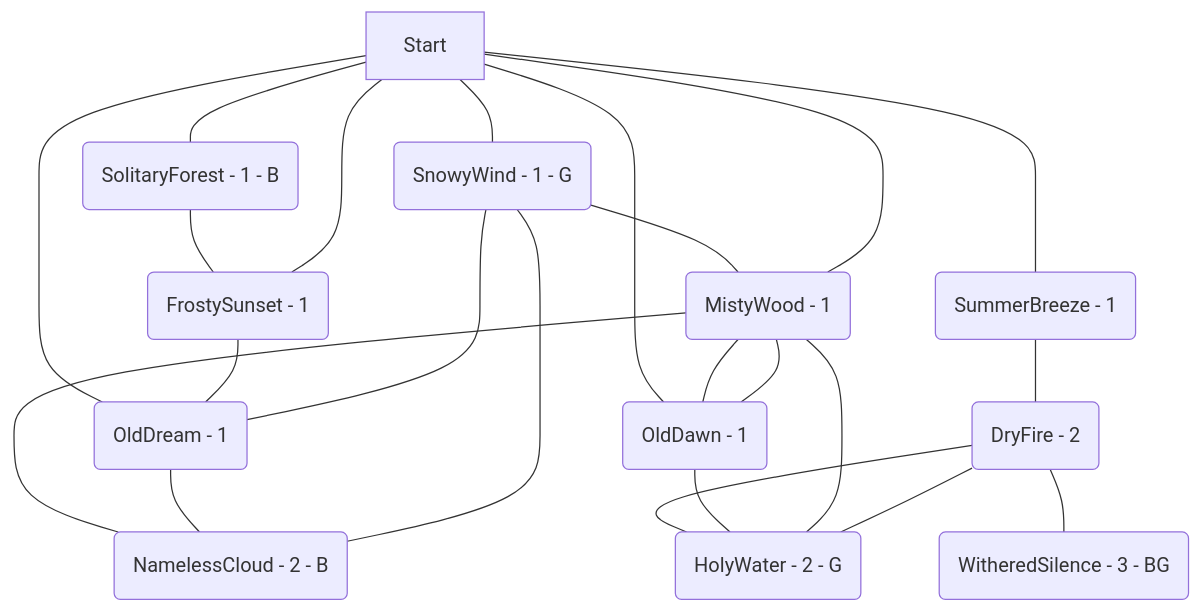
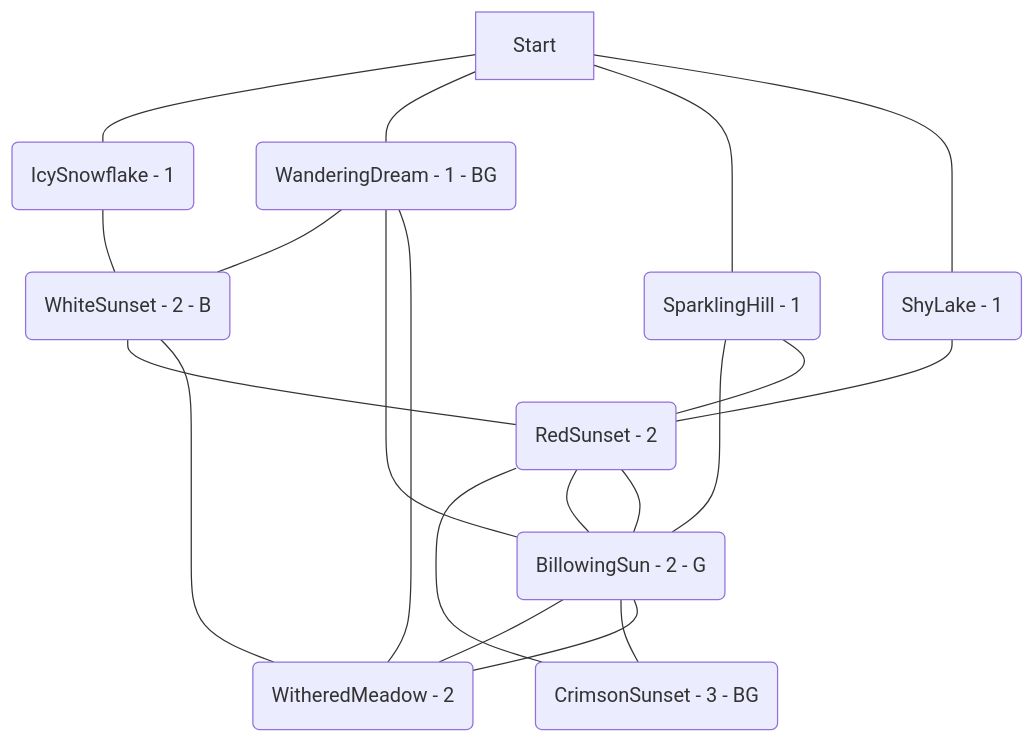
Before and after one commit to kinostl/Automatic-Liberation-Map: the diagram in examples/004.md, drawn with Mermaid. The commit also changed other lines of this file, not shown here.

````diff
--- a/examples/004.md
+++ b/examples/004.md
@@ -4,25 +4,22 @@
 ```mermaid  
 flowchart TD  
-	rZxCzjIY(DryFire - 2) --- qvAjVlOy(WitheredSilence - 3 - BG)  
-	Start --- aKZhcpmY(OldDream - 1)  
-	aFCyDUTs(SnowyWind - 1 - G) --- xAHODJNs(MistyWood - 1)  
-	KlCQPMxI(OldDawn - 1) --- xAHODJNs(MistyWood - 1)  
-	rZxCzjIY(DryFire - 2) --- LtOgMTfc(HolyWater - 2 - G)  
-	iXydIHmY(SolitaryForest - 1 - B) --- RvMmVeny(FrostySunset - 1)  
-	Start --- xAHODJNs(MistyWood - 1)  
-	RvMmVeny(FrostySunset - 1) --- aKZhcpmY(OldDream - 1)  
-	Start --- KlCQPMxI(OldDawn - 1)  
-	aFCyDUTs(SnowyWind - 1 - G) --- aKZhcpmY(OldDream - 1)  
-	Start --- RvMmVeny(FrostySunset - 1)  
-	KlCQPMxI(OldDawn - 1) --- LtOgMTfc(HolyWater - 2 - G)  
-	xAHODJNs(MistyWood - 1) --- LtOgMTfc(HolyWater - 2 - G)  
-	xAHODJNs(MistyWood - 1) --- KlCQPMxI(OldDawn - 1)  
-	Start --- DeHTdjhS(SummerBreeze - 1)  
-	xAHODJNs(MistyWood - 1) --- ZpVyKrtS(NamelessCloud - 2 - B)  
-	aKZhcpmY(OldDream - 1) --- ZpVyKrtS(NamelessCloud - 2 - B)  
-	LtOgMTfc(HolyWater - 2 - G) --- rZxCzjIY(DryFire - 2)  
-	aFCyDUTs(SnowyWind - 1 - G) --- ZpVyKrtS(NamelessCloud - 2 - B)  
-	DeHTdjhS(SummerBreeze - 1) --- rZxCzjIY(DryFire - 2)  
-	Start --- aFCyDUTs(SnowyWind - 1 - G)  
-	Start --- iXydIHmY(SolitaryForest - 1 - B)  
+	KyoFYEiq(WhiteSunset - 2 - B) --- tHRXdCVG(RedSunset - 2)  
+	OYRGBIfx(WitheredMeadow - 2) --- KyoFYEiq(WhiteSunset - 2 - B)  
+	syJOgBWV(WanderingDream - 1 - BG) --- KyoFYEiq(WhiteSunset - 2 - B)  
+	Start --- mUbhQsqG(IcySnowflake - 1)  
+	DIRWpuZE(BillowingSun - 2 - G) --- OYRGBIfx(WitheredMeadow - 2)  
+	syJOgBWV(WanderingDream - 1 - BG) --- DIRWpuZE(BillowingSun - 2 - G)  
+	EptJMRFm(SparklingHill - 1) --- DIRWpuZE(BillowingSun - 2 - G)  
+	Start --- syJOgBWV(WanderingDream - 1 - BG)  
+	DIRWpuZE(BillowingSun - 2 - G) --- LhNuUoHx(CrimsonSunset - 3 - BG)  
+	Start --- EptJMRFm(SparklingHill - 1)  
+	mUbhQsqG(IcySnowflake - 1) --- KyoFYEiq(WhiteSunset - 2 - B)  
+	tHRXdCVG(RedSunset - 2) --- LhNuUoHx(CrimsonSunset - 3 - BG)  
+	DIRWpuZE(BillowingSun - 2 - G) --- tHRXdCVG(RedSunset - 2)  
+	NHkadDVx(ShyLake - 1) --- tHRXdCVG(RedSunset - 2)  
+	Start --- NHkadDVx(ShyLake - 1)  
+	syJOgBWV(WanderingDream - 1 - BG) --- OYRGBIfx(WitheredMeadow - 2)  
+	EptJMRFm(SparklingHill - 1) --- tHRXdCVG(RedSunset - 2)  
+	tHRXdCVG(RedSunset - 2) --- DIRWpuZE(BillowingSun - 2 - G)  
+	OYRGBIfx(WitheredMeadow - 2) --- DIRWpuZE(BillowingSun - 2 - G)  
 ```  
````
